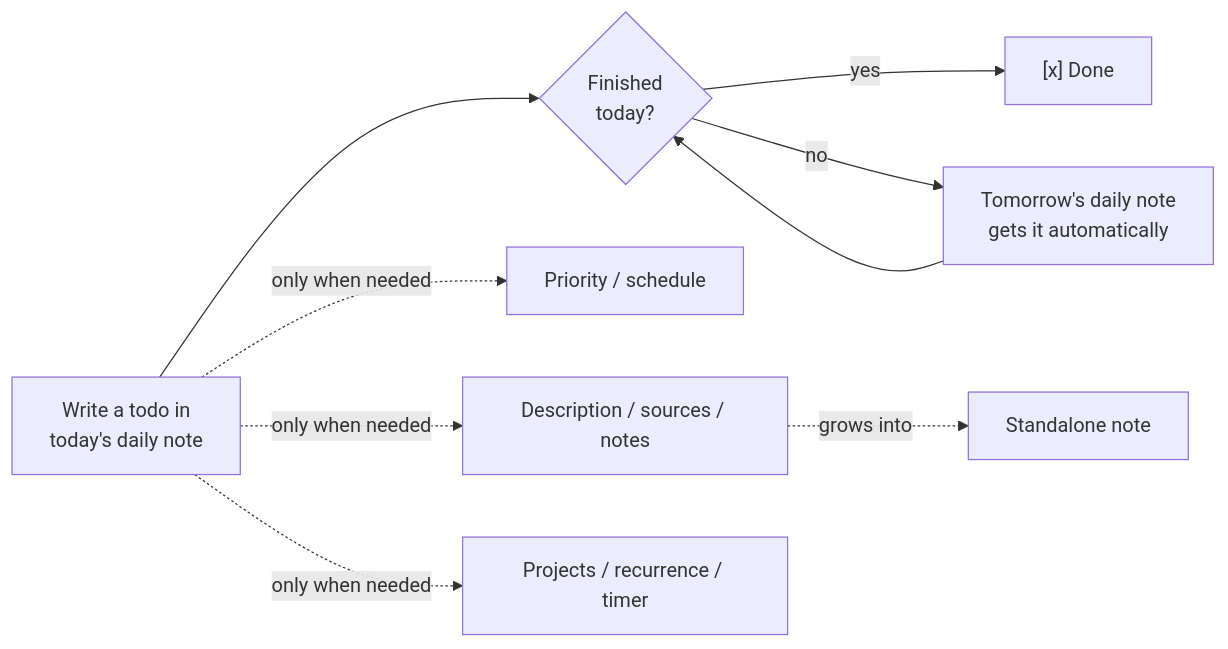
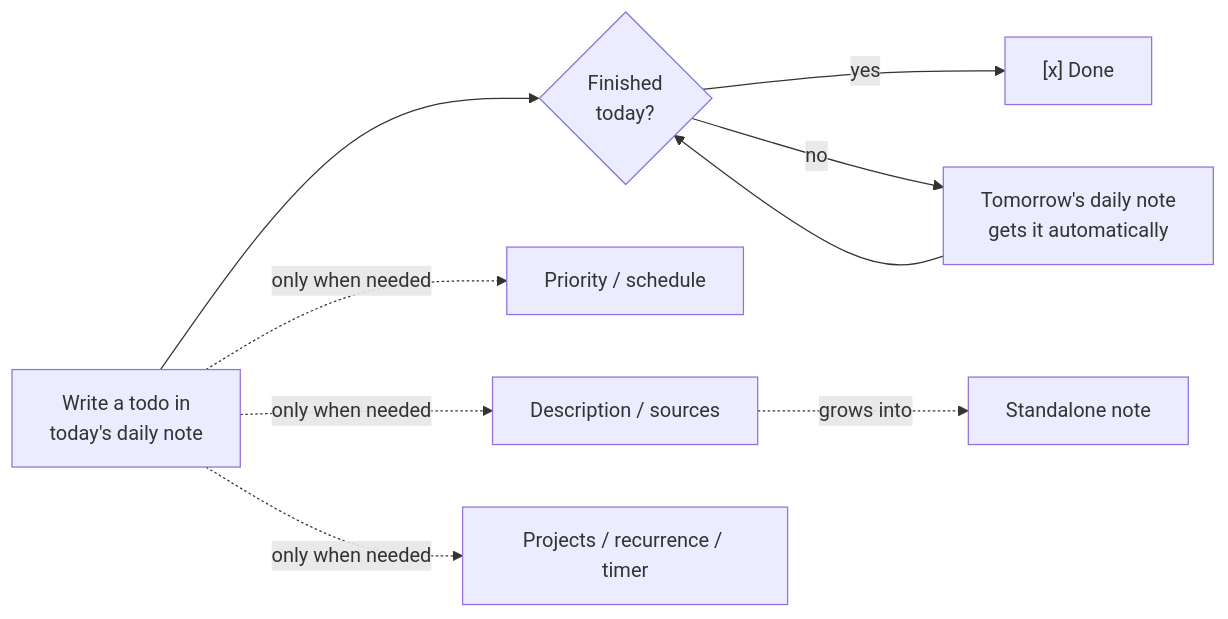
Before and after one commit to davadev/Organized: the first of 2 diagrams in README.md, drawn with Mermaid. The commit also changed other lines of this file and 32 other files, not shown here.

First line of the commit message:
Make the task description the note text, drop the Notes property, migrate old task notes (#76)

````diff
--- a/README.md
+++ b/README.md
@@ -32,11 +32,11 @@
 ```mermaid
 flowchart LR
     A["Write a todo in<br/>today's daily note"] --> B{"Finished<br/>today?"}
     B -- yes --> C["[x] Done"]
     B -- no --> D["Tomorrow's daily note<br/>gets it automatically"]
     D --> B
     A -. "only when needed" .-> E["Priority / schedule"]
-    A -. "only when needed" .-> F["Description / sources / notes"]
+    A -. "only when needed" .-> F["Description / sources"]
     A -. "only when needed" .-> G["Projects / recurrence / timer"]
     F -. "grows into" .-> H["Standalone note"]
 ```
````
